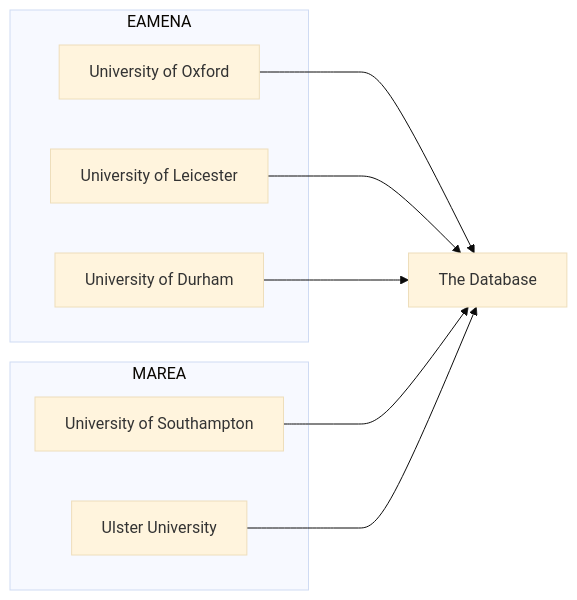
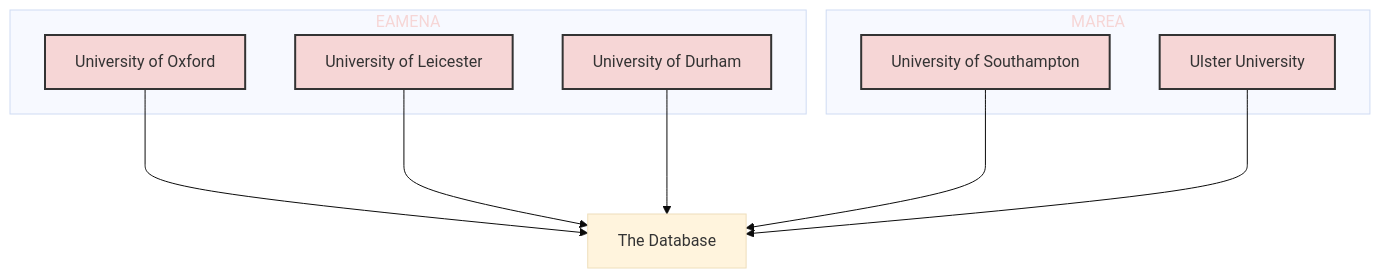
The diagram in talks/2024-chma/index.qmd (eamena-project/eamena-arches-dev), drawn with Mermaid (base theme) before and after one commit. The commit also changed other lines of this file and 10 other files, not shown here.

````diff
--- a/talks/2024-chma/index.qmd
+++ b/talks/2024-chma/index.qmd
@@ -66,23 +66,32 @@
 ```{mermaid}
-flowchart LR
-  subgraph EAMENA
+flowchart TD
+  subgraph EA[EAMENA]
     id1[University of Oxford]
     id2[University of Leicester]
     id3[University of Durham]
   end
   id1 ---> id6[The Database]
   id2 ---> id6
   id3 ---> id6
-  subgraph MAREA
+  subgraph MA[MAREA]
     id4[University of Southampton]
     id5[Ulster University]
   end
   id4 ---> id6
   id5 ---> id6
-
+  
+  style EA color:#f6d6d6
+  style MA color:#f6d6d6
+  
+  style id1 fill:#f6d6d6,stroke:#333,stroke-width:2px
+  style id2 fill:#f6d6d6,stroke:#333,stroke-width:2px
+  style id3 fill:#f6d6d6,stroke:#333,stroke-width:2px
+  style id4 fill:#f6d6d6,stroke:#333,stroke-width:2px
+  style id5 fill:#f6d6d6,stroke:#333,stroke-width:2px
+  
   click id1 "https://www.ox.ac.uk/" _blank
   click id2 "https://le.ac.uk/" _blank
   click id3 "https://www.durham.ac.uk/" _blank
   click id4 "https://www.southampton.ac.uk/" _blank
   click id5 "https://www.ulster.ac.uk/" _blank
 ```
````
